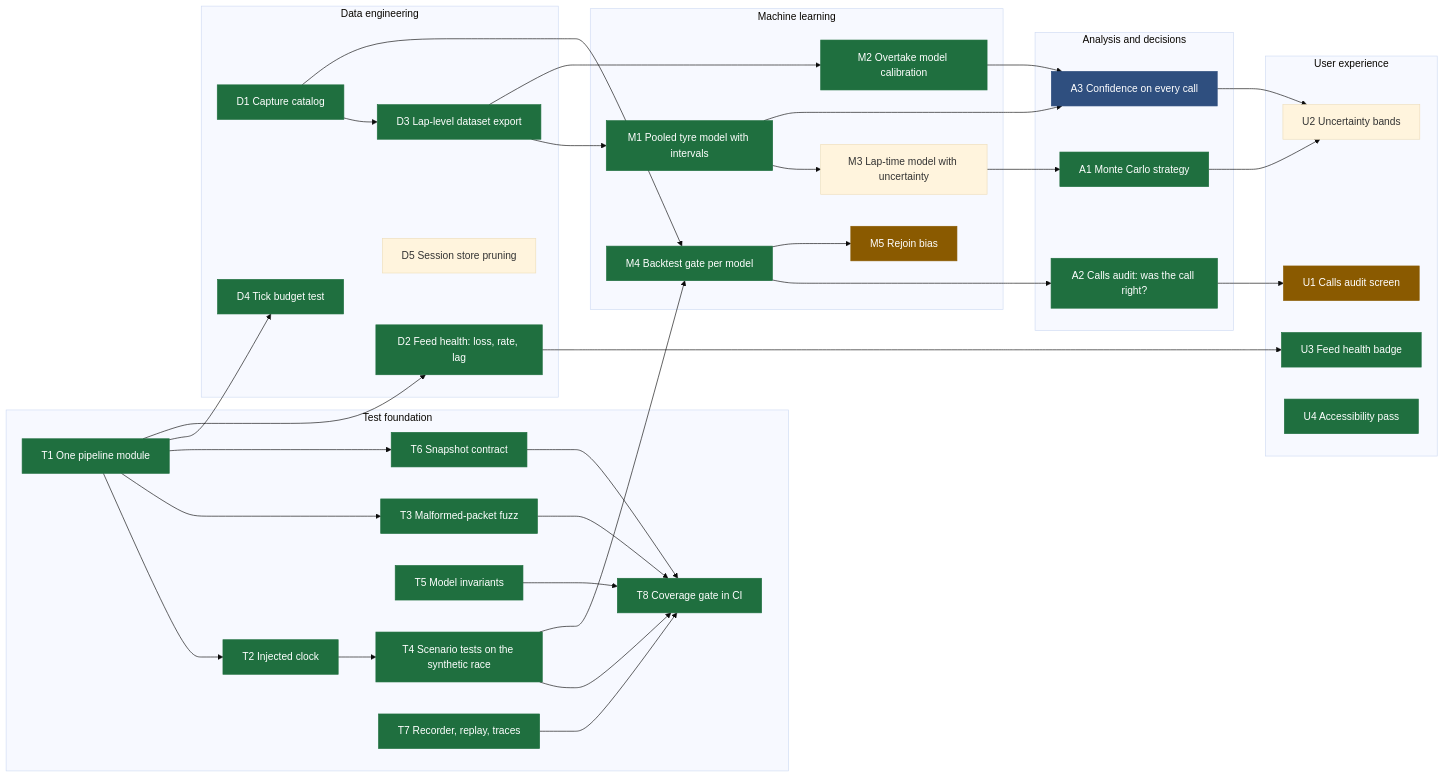
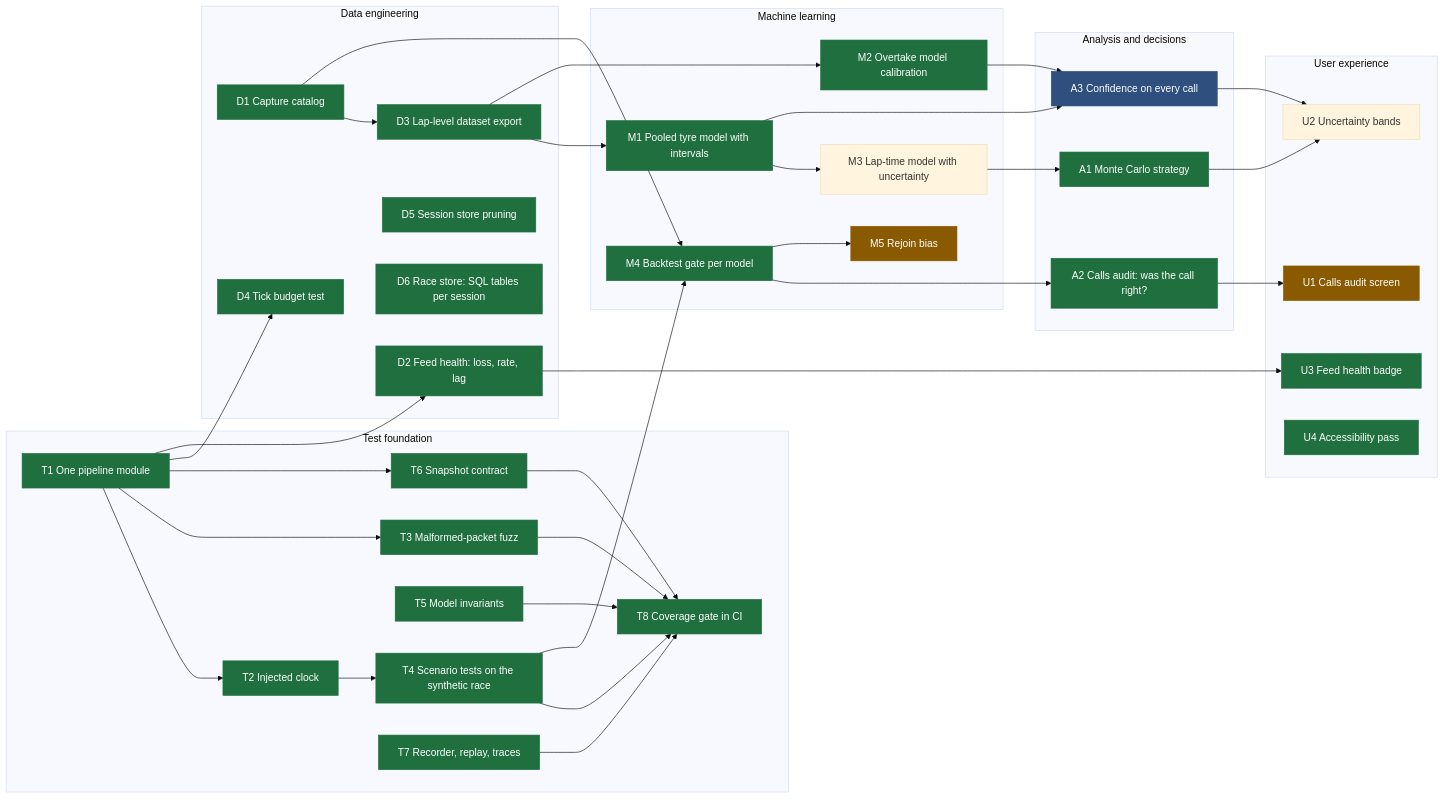
The diagram in docs/roadmap.md (srikarnadella/f1-race-engineer), drawn with Mermaid (base theme) before and after one commit. The commit also changed other lines of this file and 29 other files, not shown here.

First line of the commit message:
Race store (roadmap D6): every session as SQLite tables; the flag-time UID 0 bug; audit fixes

````diff
--- a/docs/roadmap.md
+++ b/docs/roadmap.md
@@ -8,56 +8,57 @@
 ```mermaid
 flowchart LR
   classDef done fill:#1f6f3f,color:#fff,stroke:#1f6f3f
   classDef next fill:#8a5a00,color:#fff,stroke:#8a5a00
   classDef part fill:#2f4f7f,color:#fff,stroke:#2f4f7f
 
   subgraph T[Test foundation]
     T1[T1 One pipeline module]:::done
     T2[T2 Injected clock]:::done
     T3[T3 Malformed-packet fuzz]:::done
     T4[T4 Scenario tests on the synthetic race]:::done
     T5[T5 Model invariants]:::done
     T6[T6 Snapshot contract]:::done
     T7[T7 Recorder, replay, traces]:::done
     T8[T8 Coverage gate in CI]:::done
   end
   subgraph D[Data engineering]
     D1[D1 Capture catalog]:::done
     D2[D2 Feed health: loss, rate, lag]:::done
     D3[D3 Lap-level dataset export]:::done
     D4[D4 Tick budget test]:::done
-    D5[D5 Session store pruning]
+    D5[D5 Session store pruning]:::done
+    D6[D6 Race store: SQL tables per session]:::done
   end
   subgraph M[Machine learning]
     M1[M1 Pooled tyre model with intervals]:::done
     M2[M2 Overtake model calibration]:::done
     M3[M3 Lap-time model with uncertainty]
     M4[M4 Backtest gate per model]:::done
     M5[M5 Rejoin bias]:::next
   end
   subgraph A[Analysis and decisions]
     A1[A1 Monte Carlo strategy]:::done
     A2[A2 Calls audit: was the call right?]:::done
     A3[A3 Confidence on every call]:::part
   end
   subgraph U[User experience]
     U1[U1 Calls audit screen]:::next
     U2[U2 Uncertainty bands]
     U3[U3 Feed health badge]:::done
     U4[U4 Accessibility pass]:::done
   end
 
   T1 --> T2 --> T4
   T1 --> T3
   T1 --> T6
   T1 --> D4
   T3 & T4 & T5 & T6 & T7 --> T8
   T1 --> D2 --> U3
   D1 --> D3
   D3 --> M1 & M2
   M1 --> M3 --> A1
   D1 & T4 --> M4 --> A2 --> U1
   M4 --> M5
   M1 & M2 --> A3 --> U2
   A1 --> U2
 ```
````
